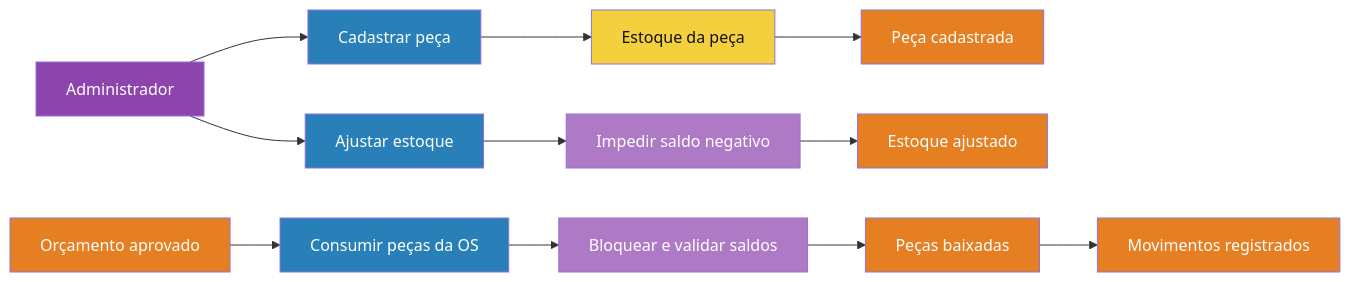
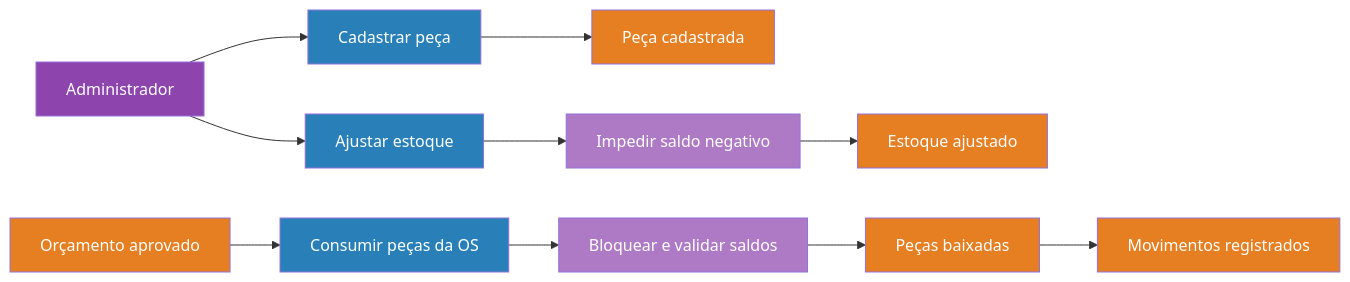
The third of 3 diagrams in docs/ddd/event-storming.md (diegodpcarvalho/fiap-tech-challenge-fase-1), drawn with Mermaid before and after one commit. The commit also changed other lines of this file and 30 other files, not shown here.

````diff
--- a/docs/ddd/event-storming.md
+++ b/docs/ddd/event-storming.md
@@ -73,19 +76,17 @@
 ```mermaid
 flowchart LR
   ADM[Administrador]:::actor --> C1[Cadastrar peça]:::command
-  C1 --> AG[Estoque da peça]:::aggregate
-  AG --> E1[Peça cadastrada]:::event
+  C1 --> E1[Peça cadastrada]:::event
   ADM --> C2[Ajustar estoque]:::command
   C2 --> P1[Impedir saldo negativo]:::policy
   P1 --> E2[Estoque ajustado]:::event
   OS[Orçamento aprovado]:::event --> C3[Consumir peças da OS]:::command
   C3 --> P2[Bloquear e validar saldos]:::policy
   P2 --> E3[Peças baixadas]:::event
   E3 --> E4[Movimentos registrados]:::event
 
   classDef actor fill:#8e44ad,color:#fff;
   classDef command fill:#2980b9,color:#fff;
   classDef event fill:#e67e22,color:#fff;
   classDef policy fill:#af7ac5,color:#fff;
-  classDef aggregate fill:#f4d03f,color:#111;
 ```
````
